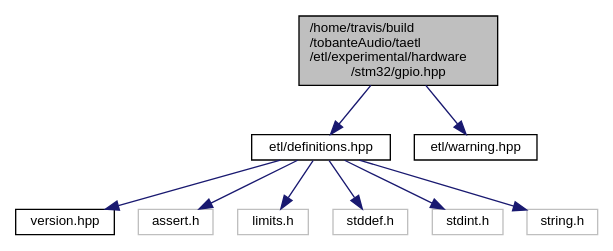
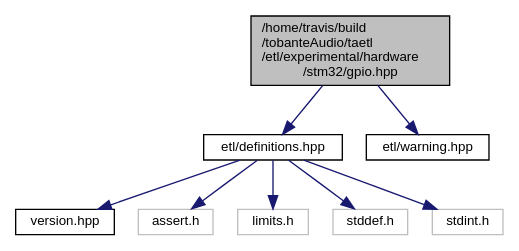
One commit to tobanteAudio/taetl changed the diagram in gpio_8hpp__incl.dot. Above: the diagram before and after it, drawn with Graphviz. The commit also changed 128 other files, not shown here.

```diff
--- a/gpio_8hpp__incl.dot
+++ b/gpio_8hpp__incl.dot
@@ -1,22 +1,20 @@
 digraph "/home/travis/build/tobanteAudio/taetl/etl/experimental/hardware/stm32/gpio.hpp"
 {
   edge [fontname="Helvetica",fontsize="10",labelfontname="Helvetica",labelfontsize="10"];
   node [fontname="Helvetica",fontsize="10",shape=record];
   Node0 [label="/home/travis/build\l/tobanteAudio/taetl\l/etl/experimental/hardware\l/stm32/gpio.hpp",height=0.2,width=0.4,color="black", fillcolor="grey75", style="filled", fontcolor="black"];
   Node0 -> Node1 [color="midnightblue",fontsize="10",style="solid",fontname="Helvetica"];
   Node1 [label="etl/definitions.hpp",height=0.2,width=0.4,color="black", fillcolor="white", style="filled",URL="$definitions_8hpp.html"];
   Node1 -> Node2 [color="midnightblue",fontsize="10",style="solid",fontname="Helvetica"];
   Node2 [label="version.hpp",height=0.2,width=0.4,color="black", fillcolor="white", style="filled",URL="$version_8hpp.html"];
   Node1 -> Node3 [color="midnightblue",fontsize="10",style="solid",fontname="Helvetica"];
   Node3 [label="assert.h",height=0.2,width=0.4,color="grey75", fillcolor="white", style="filled"];
   Node1 -> Node4 [color="midnightblue",fontsize="10",style="solid",fontname="Helvetica"];
   Node4 [label="limits.h",height=0.2,width=0.4,color="grey75", fillcolor="white", style="filled"];
   Node1 -> Node5 [color="midnightblue",fontsize="10",style="solid",fontname="Helvetica"];
   Node5 [label="stddef.h",height=0.2,width=0.4,color="grey75", fillcolor="white", style="filled"];
   Node1 -> Node6 [color="midnightblue",fontsize="10",style="solid",fontname="Helvetica"];
   Node6 [label="stdint.h",height=0.2,width=0.4,color="grey75", fillcolor="white", style="filled"];
-  Node1 -> Node7 [color="midnightblue",fontsize="10",style="solid",fontname="Helvetica"];
-  Node7 [label="string.h",height=0.2,width=0.4,color="grey75", fillcolor="white", style="filled"];
-  Node0 -> Node8 [color="midnightblue",fontsize="10",style="solid",fontname="Helvetica"];
-  Node8 [label="etl/warning.hpp",height=0.2,width=0.4,color="black", fillcolor="white", style="filled",URL="$warning_8hpp.html"];
+  Node0 -> Node7 [color="midnightblue",fontsize="10",style="solid",fontname="Helvetica"];
+  Node7 [label="etl/warning.hpp",height=0.2,width=0.4,color="black", fillcolor="white", style="filled",URL="$warning_8hpp.html"];
 }
```
